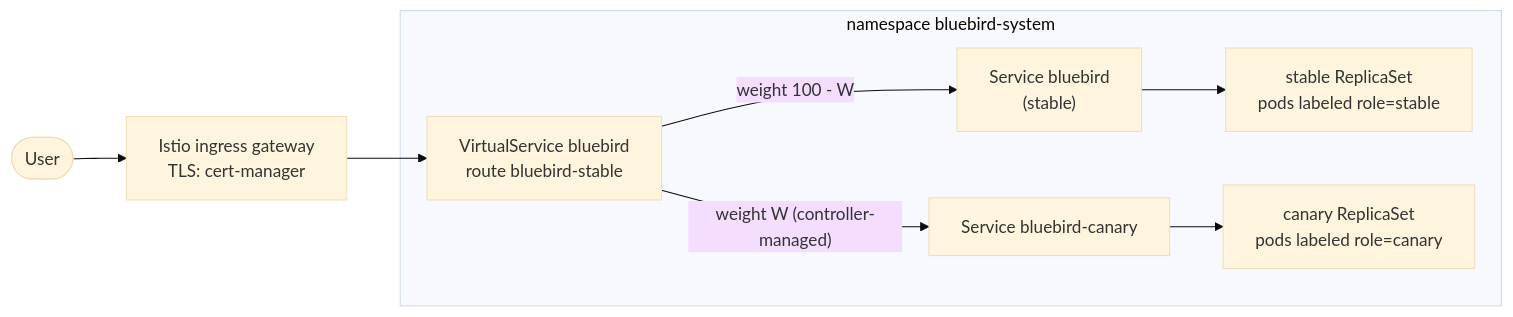
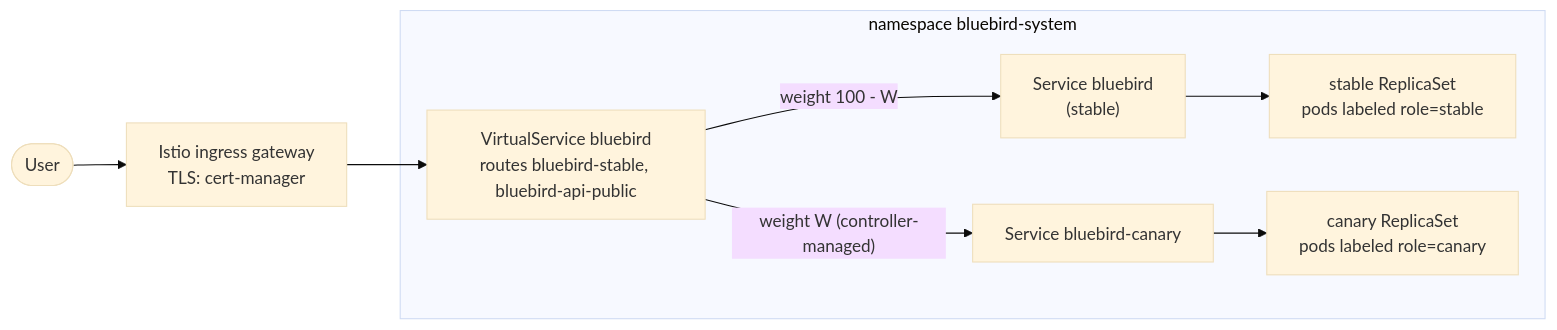
One commit to zimmertr/bluebird changed the second of 6 diagrams in docs/CICD.md. Above: the diagram before and after it, drawn with Mermaid (base theme). The commit also changed other lines of this file and 15 other files, not shown here.

````diff
--- a/docs/CICD.md
+++ b/docs/CICD.md
@@ -313,17 +324,17 @@
 ```mermaid
 flowchart LR
     user(["User"])
     gw["Istio ingress gateway<br/>TLS: cert-manager"]
 
     subgraph NS["namespace bluebird-system"]
-        vs["VirtualService bluebird<br/>route bluebird-stable"]
+        vs["VirtualService bluebird<br/>routes bluebird-stable, bluebird-api-public"]
         ssvc["Service bluebird<br/>(stable)"]
         csvc["Service bluebird-canary"]
         srs["stable ReplicaSet<br/>pods labeled role=stable"]
         crs["canary ReplicaSet<br/>pods labeled role=canary"]
     end
 
     user --> gw --> vs
     vs -->|"weight 100 - W"| ssvc --> srs
     vs -->|"weight W (controller-managed)"| csvc --> crs
 ```
````
